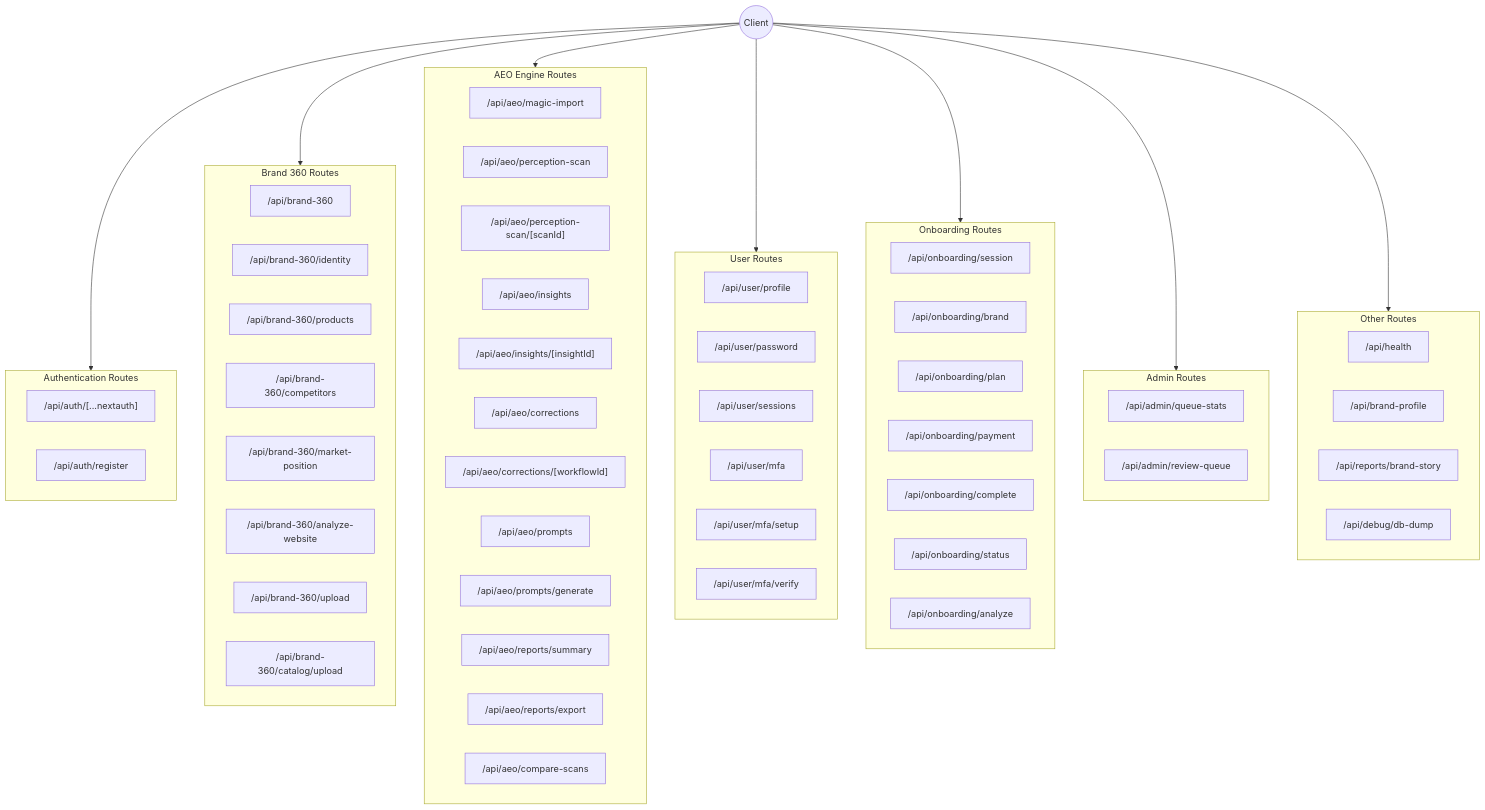
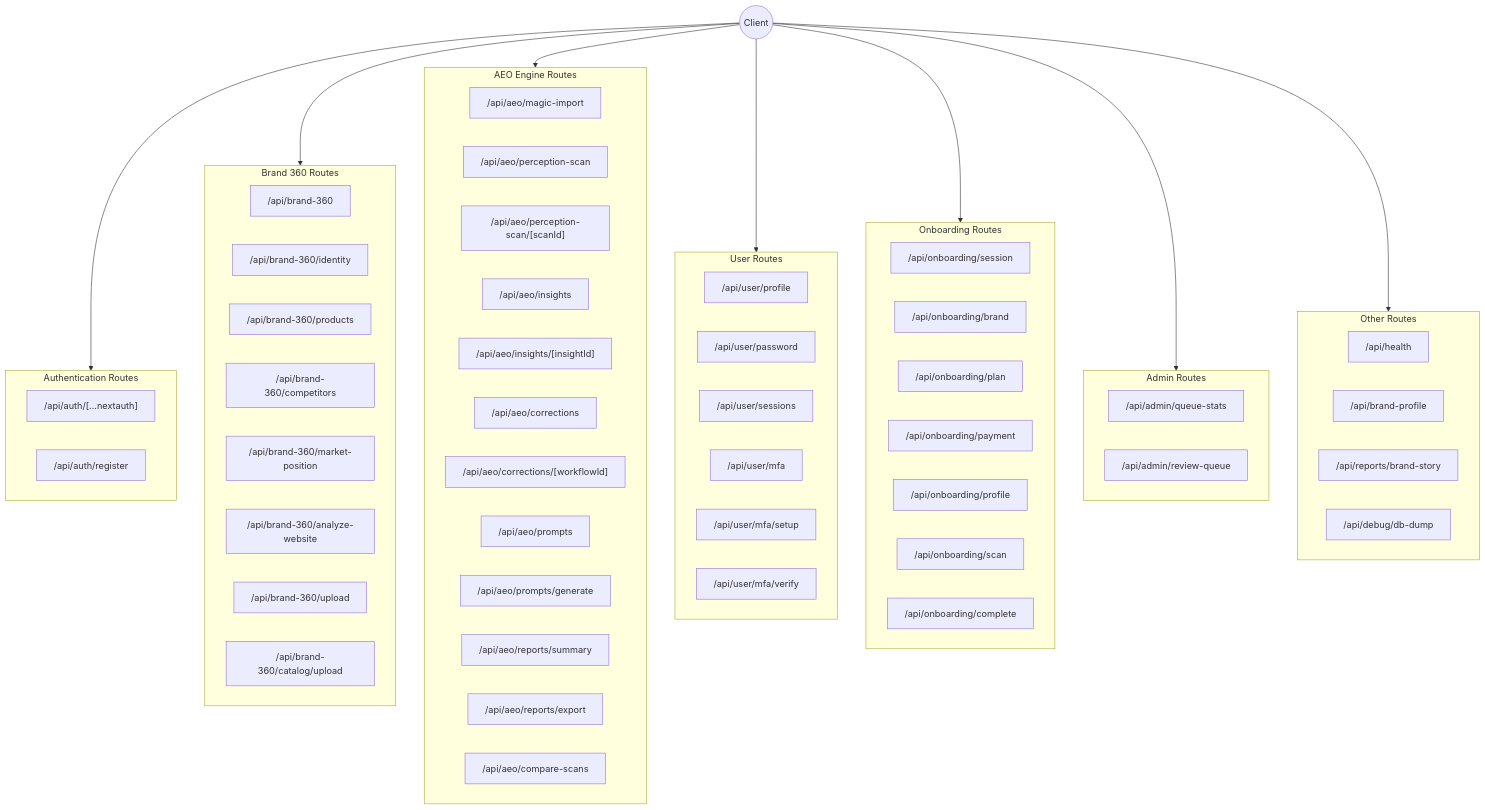
One commit to praveengujar/VistralAI changed the first of 14 diagrams in docs/DIAGRAMS.md. Above: the diagram before and after it, drawn with Mermaid. The commit also changed other lines of this file and 53 other files, not shown here.

````diff
--- a/docs/DIAGRAMS.md
+++ b/docs/DIAGRAMS.md
@@ -12,72 +12,72 @@
 ```mermaid
 flowchart TB
     subgraph Auth["Authentication Routes"]
         A1["/api/auth/[...nextauth]"]
         A2["/api/auth/register"]
     end
 
     subgraph Brand360["Brand 360 Routes"]
         B1["/api/brand-360"]
         B2["/api/brand-360/identity"]
         B3["/api/brand-360/products"]
         B4["/api/brand-360/competitors"]
         B5["/api/brand-360/market-position"]
         B6["/api/brand-360/analyze-website"]
         B7["/api/brand-360/upload"]
         B8["/api/brand-360/catalog/upload"]
     end
 
     subgraph AEO["AEO Engine Routes"]
         C1["/api/aeo/magic-import"]
         C2["/api/aeo/perception-scan"]
         C3["/api/aeo/perception-scan/[scanId]"]
         C4["/api/aeo/insights"]
         C5["/api/aeo/insights/[insightId]"]
         C6["/api/aeo/corrections"]
         C7["/api/aeo/corrections/[workflowId]"]
         C8["/api/aeo/prompts"]
         C9["/api/aeo/prompts/generate"]
         C10["/api/aeo/reports/summary"]
         C11["/api/aeo/reports/export"]
         C12["/api/aeo/compare-scans"]
     end
 
     subgraph User["User Routes"]
         D1["/api/user/profile"]
         D2["/api/user/password"]
         D3["/api/user/sessions"]
         D4["/api/user/mfa"]
         D5["/api/user/mfa/setup"]
         D6["/api/user/mfa/verify"]
     end
 
     subgraph Onboarding["Onboarding Routes"]
         E1["/api/onboarding/session"]
         E2["/api/onboarding/brand"]
         E3["/api/onboarding/plan"]
         E4["/api/onboarding/payment"]
-        E5["/api/onboarding/complete"]
-        E6["/api/onboarding/status"]
-        E7["/api/onboarding/analyze"]
+        E5["/api/onboarding/profile"]
+        E6["/api/onboarding/scan"]
+        E7["/api/onboarding/complete"]
     end
 
     subgraph Admin["Admin Routes"]
         F1["/api/admin/queue-stats"]
         F2["/api/admin/review-queue"]
     end
 
     subgraph Other["Other Routes"]
         G1["/api/health"]
         G2["/api/brand-profile"]
         G3["/api/reports/brand-story"]
         G4["/api/debug/db-dump"]
     end
 
     Client((Client)) --> Auth
     Client --> Brand360
     Client --> AEO
     Client --> User
     Client --> Onboarding
     Client --> Admin
     Client --> Other
 ```
````
